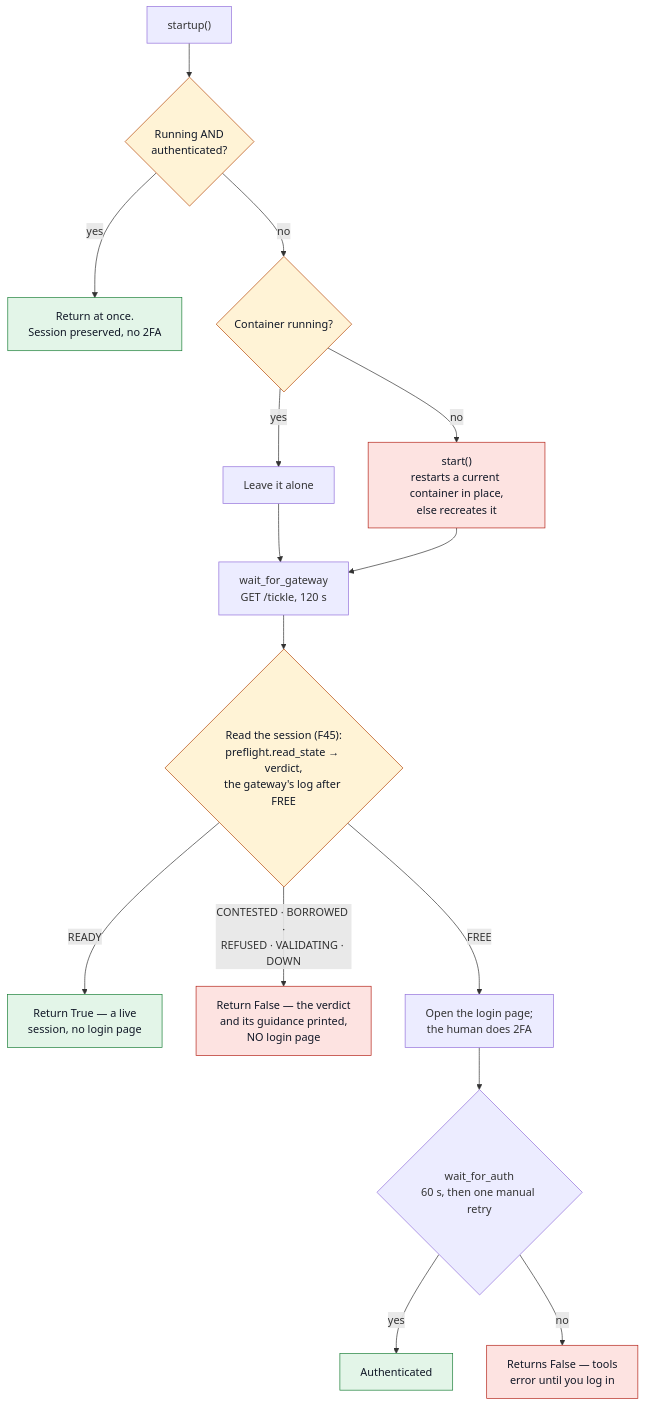
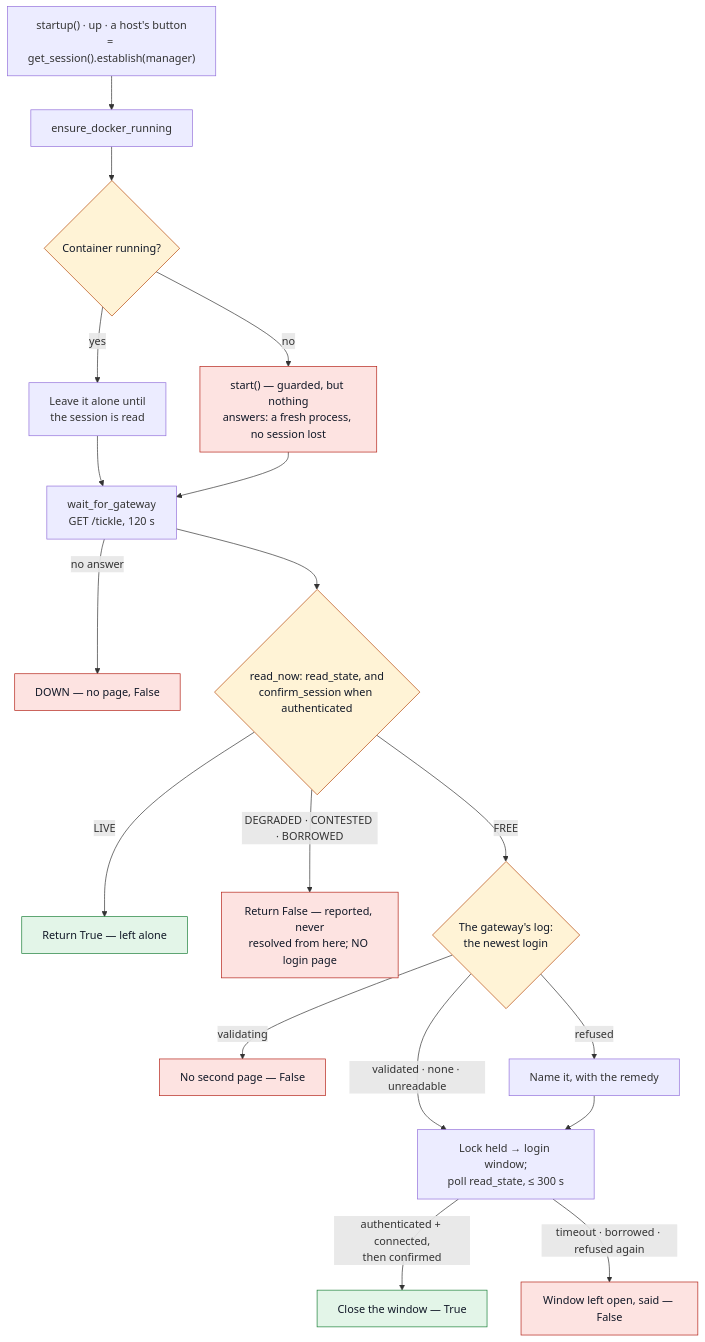
Before and after one commit to stephus182/ibkr_core_mcp: the first of 3 diagrams in docs/gateway-auth-reference.md, drawn with Mermaid. The commit also changed other lines of this file and 7 other files, not shown here.

````diff
--- a/docs/gateway-auth-reference.md
+++ b/docs/gateway-auth-reference.md
@@ -53,25 +55,28 @@
 ```mermaid
 flowchart TB
     classDef safe fill:#e3f5e8,stroke:#1a7f37,color:#111827
     classDef guard fill:#fff3d6,stroke:#b54708,color:#111827
     classDef destr fill:#fde3e1,stroke:#b42318,color:#111827
 
-    S["startup()"] --> P{"Running AND<br/>authenticated?"}
-    P -->|yes| FAST["Return at once.<br/>Session preserved, no 2FA"]
-    P -->|no| R{"Container running?"}
-    R -->|yes| SKIP["Leave it alone"]
-    R -->|no| ST["start()<br/>restarts a current container in place,<br/>else recreates it"]
+    S["startup() · up · a host's button<br/>= get_session().establish(manager)"] --> D["ensure_docker_running"]
+    D --> R{"Container running?"}
+    R -->|yes| SKIP["Leave it alone until<br/>the session is read"]
+    R -->|no| ST["start() — guarded, but nothing<br/>answers: a fresh process, no session lost"]
     SKIP --> W["wait_for_gateway<br/>GET /tickle, 120 s"]
     ST --> W
-    W --> G{"Read the session (F45):<br/>preflight.read_state → verdict,<br/>the gateway's log after FREE"}
-    G -->|"READY"| FAST2["Return True — a live<br/>session, no login page"]
-    G -->|"CONTESTED · BORROWED ·<br/>REFUSED · VALIDATING · DOWN"| NO["Return False — the verdict<br/>and its guidance printed,<br/>NO login page"]
-    G -->|"FREE"| L["Open the login page;<br/>the human does 2FA"]
-    L --> V{"wait_for_auth<br/>60 s, then one manual retry"}
-    V -->|yes| OK["Authenticated"]
-    V -->|no| DEG["Returns False — tools<br/>error until you log in"]
+    W -->|"no answer"| DOWN["DOWN — no page, False"]
+    W --> G{"read_now: read_state, and<br/>confirm_session when authenticated"}
+    G -->|"LIVE"| OK["Return True — left alone"]
+    G -->|"DEGRADED · CONTESTED · BORROWED"| NO["Return False — reported, never<br/>resolved from here; NO login page"]
+    G -->|"FREE"| LOG{"The gateway's log:<br/>the newest login"}
+    LOG -->|"validating"| NO2["No second page — False"]
+    LOG -->|"refused"| NOTE["Name it, with the remedy"]
+    LOG -->|"validated · none · unreadable"| L
+    NOTE --> L["Lock held → login window;<br/>poll read_state, ≤ 300 s"]
+    L -->|"authenticated + connected,<br/>then confirmed"| OK2["Close the window — True"]
+    L -->|"timeout · borrowed · refused again"| DEG["Window left open, said — False"]
 
-    class FAST,FAST2,OK safe
-    class P,R,G guard
-    class ST,DEG,NO destr
+    class OK,OK2 safe
+    class R,G,LOG guard
+    class ST,DOWN,NO,NO2,DEG destr
 ```
````
